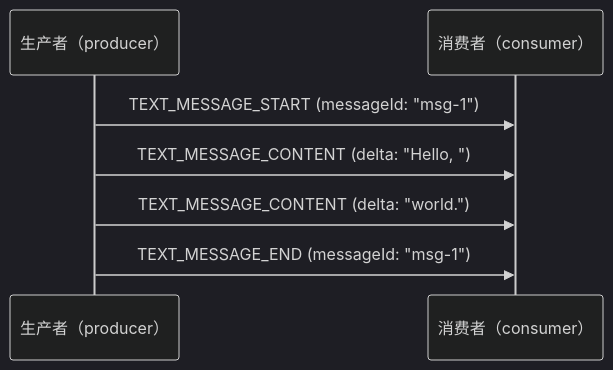
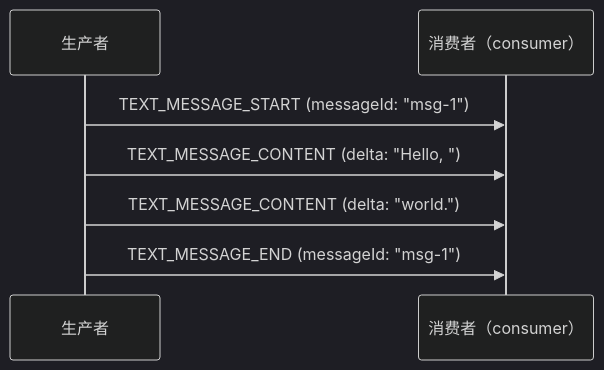
Before and after one commit to JilongSun/ag-ui-docs-zh: the first of 2 diagrams in content/zh/spec/1.0/basic/patterns/streaming.md, drawn with Mermaid (dark theme). The commit also changed other lines of this file and 46 other files, not shown here.

````diff
--- a/content/zh/spec/1.0/basic/patterns/streaming.md
+++ b/content/zh/spec/1.0/basic/patterns/streaming.md
@@ -18,10 +18,10 @@
 ```mermaid
 sequenceDiagram
-    participant Producer as 生产者（producer）
+    participant Producer as 生产者
     participant Consumer as 消费者（consumer）
 
     Producer->>Consumer: TEXT_MESSAGE_START (messageId: "msg-1")
     Producer->>Consumer: TEXT_MESSAGE_CONTENT (delta: "Hello, ")
     Producer->>Consumer: TEXT_MESSAGE_CONTENT (delta: "world.")
     Producer->>Consumer: TEXT_MESSAGE_END (messageId: "msg-1")
 ```
````
